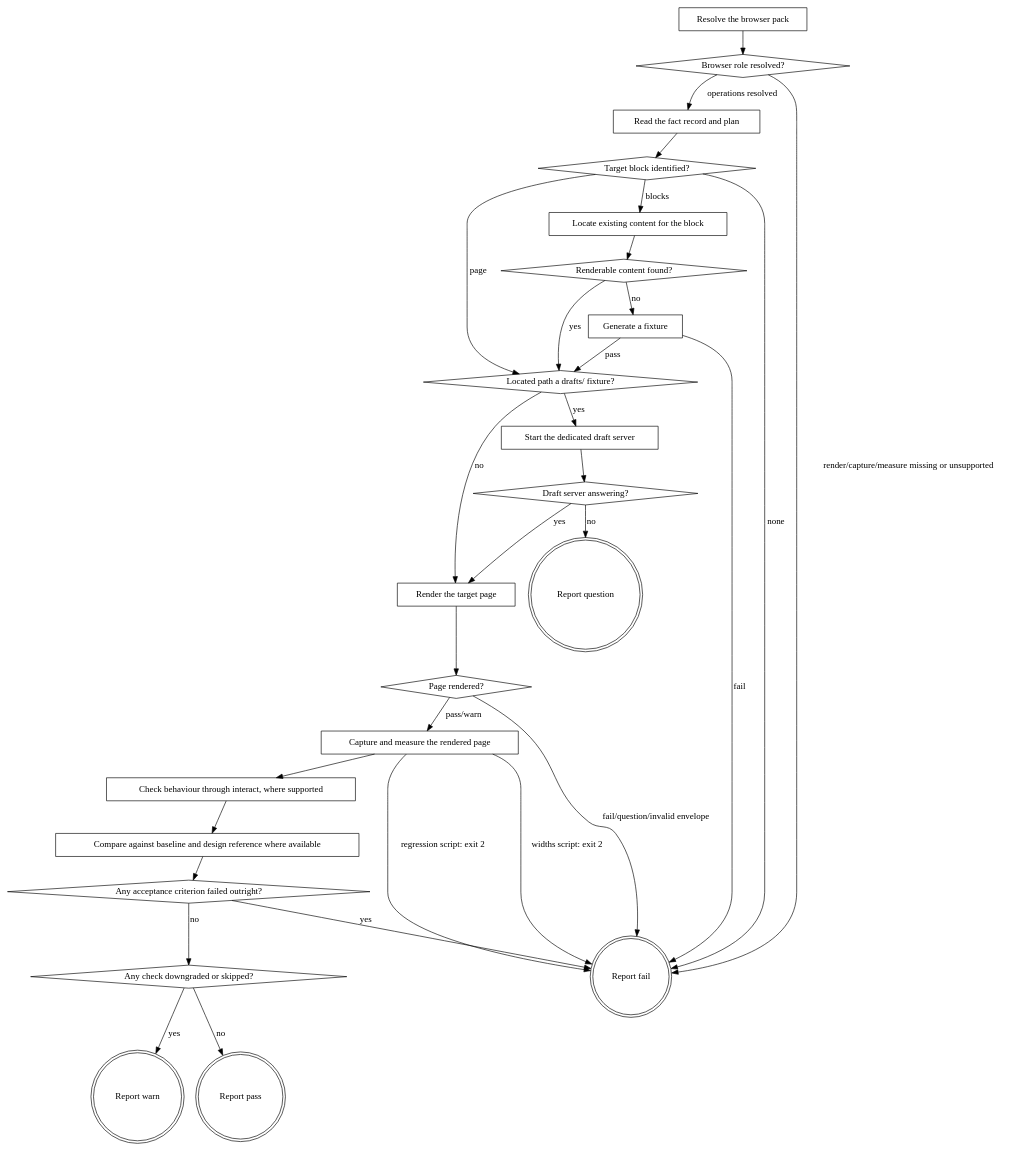
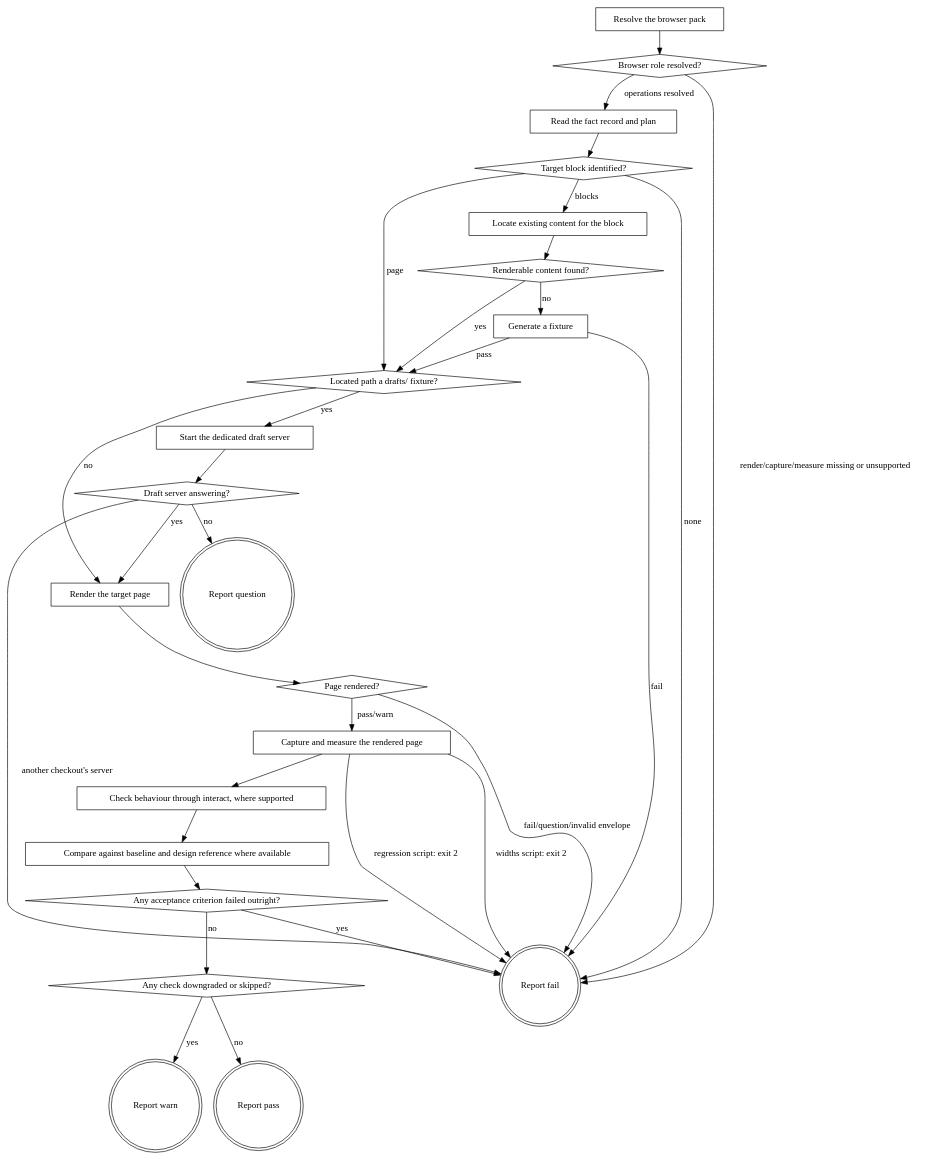
The diagram in plugins/agentic-eds/skills/eds-verify/SKILL.md (agenticDraft/plugins), drawn with Graphviz before and after one commit. The commit also changed other lines of this file and 10 other files, not shown here.

First line of the commit message:
agentic-eds eds-verify, eds-verify-design: the draft server is checked against this checkout too (agentic-eds 0.2.8)

````diff
--- a/plugins/agentic-eds/skills/eds-verify/SKILL.md
+++ b/plugins/agentic-eds/skills/eds-verify/SKILL.md
@@ -52,55 +52,56 @@
 ```dot
 digraph eds_verify {
     "Resolve the browser pack" [shape=box];
     "Browser role resolved?" [shape=diamond];
     "Read the fact record and plan" [shape=box];
     "Target block identified?" [shape=diamond];
     "Locate existing content for the block" [shape=box];
     "Renderable content found?" [shape=diamond];
     "Generate a fixture" [shape=box];
     "Located path a drafts/ fixture?" [shape=diamond];
     "Start the dedicated draft server" [shape=box];
     "Draft server answering?" [shape=diamond];
     "Render the target page" [shape=box];
     "Page rendered?" [shape=diamond];
     "Capture and measure the rendered page" [shape=box];
     "Check behaviour through interact, where supported" [shape=box];
     "Compare against baseline and design reference where available" [shape=box];
     "Any acceptance criterion failed outright?" [shape=diamond];
     "Any check downgraded or skipped?" [shape=diamond];
     "Report fail" [shape=doublecircle];
     "Report question" [shape=doublecircle];
     "Report warn" [shape=doublecircle];
     "Report pass" [shape=doublecircle];
 
     "Resolve the browser pack" -> "Browser role resolved?";
     "Browser role resolved?" -> "Read the fact record and plan" [label="operations resolved"];
     "Browser role resolved?" -> "Report fail" [label="render/capture/measure missing or unsupported"];
     "Read the fact record and plan" -> "Target block identified?";
     "Target block identified?" -> "Locate existing content for the block" [label="blocks"];
     "Target block identified?" -> "Located path a drafts/ fixture?" [label="page"];
     "Target block identified?" -> "Report fail" [label="none"];
     "Locate existing content for the block" -> "Renderable content found?";
     "Renderable content found?" -> "Located path a drafts/ fixture?" [label="yes"];
     "Renderable content found?" -> "Generate a fixture" [label="no"];
     "Generate a fixture" -> "Located path a drafts/ fixture?" [label="pass"];
     "Generate a fixture" -> "Report fail" [label="fail"];
     "Located path a drafts/ fixture?" -> "Start the dedicated draft server" [label="yes"];
     "Located path a drafts/ fixture?" -> "Render the target page" [label="no"];
     "Start the dedicated draft server" -> "Draft server answering?";
     "Draft server answering?" -> "Render the target page" [label="yes"];
     "Draft server answering?" -> "Report question" [label="no"];
+    "Draft server answering?" -> "Report fail" [label="another checkout's server"];
     "Render the target page" -> "Page rendered?";
     "Page rendered?" -> "Capture and measure the rendered page" [label="pass/warn"];
     "Page rendered?" -> "Report fail" [label="fail/question/invalid envelope"];
     "Capture and measure the rendered page" -> "Check behaviour through interact, where supported";
     "Capture and measure the rendered page" -> "Report fail" [label="widths script: exit 2"];
     "Capture and measure the rendered page" -> "Report fail" [label="regression script: exit 2"];
     "Check behaviour through interact, where supported" -> "Compare against baseline and design reference where available";
     "Compare against baseline and design reference where available" -> "Any acceptance criterion failed outright?";
     "Any acceptance criterion failed outright?" -> "Report fail" [label="yes"];
     "Any acceptance criterion failed outright?" -> "Any check downgraded or skipped?" [label="no"];
     "Any check downgraded or skipped?" -> "Report warn" [label="yes"];
     "Any check downgraded or skipped?" -> "Report pass" [label="no"];
 }
 ```
````
